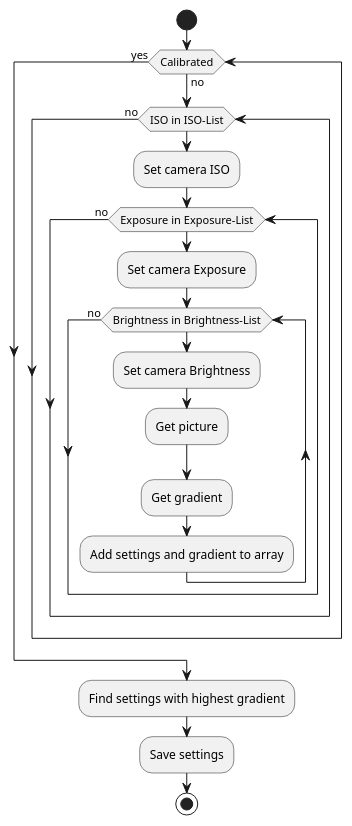
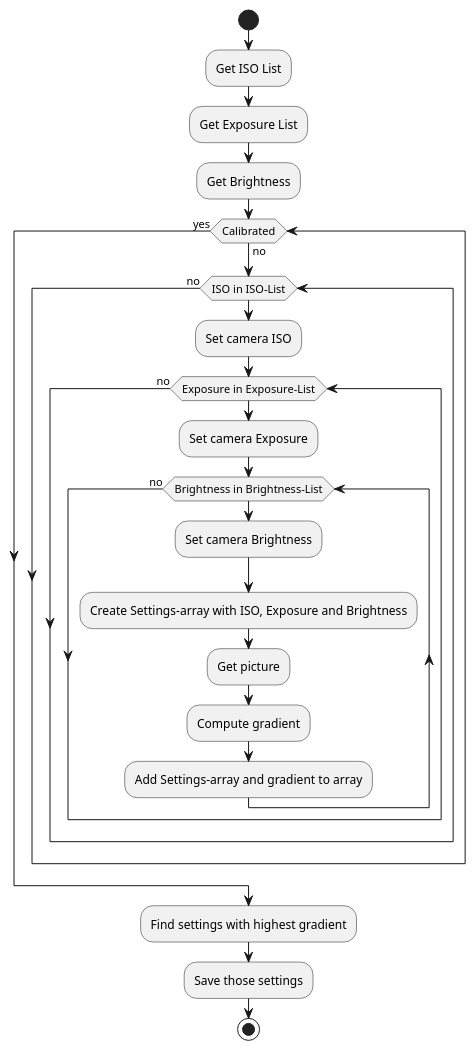
Before and after one commit to rantonet/raspiscope-python: the diagram in diagrams/camera/cameraCalibration.plantuml, drawn with PlantUML. The commit also changed 3 other files, not shown here.

```diff
--- a/diagrams/camera/cameraCalibration.plantuml
+++ b/diagrams/camera/cameraCalibration.plantuml
@@ -1,20 +1,24 @@
 @startuml Camera Calibration
 start
+:Get ISO List;
+:Get Exposure List;
+:Get Brightness;
 while (Calibrated) is (no)
     while (ISO in ISO-List)
         :Set camera ISO;
         while (Exposure in Exposure-List)
             :Set camera Exposure;
             while (Brightness in Brightness-List)
                 :Set camera Brightness;
+                :Create Settings-array with ISO, Exposure and Brightness;
                 :Get picture;
-                :Get gradient;
-                :Add settings and gradient to array;
+                :Compute gradient;
+                :Add Settings-array and gradient to array;
             endwhile (no)
         endwhile (no)
     endwhile (no)
 endwhile (yes)
 :Find settings with highest gradient;
-:Save settings;
+:Save those settings;
 stop
 @enduml
```
